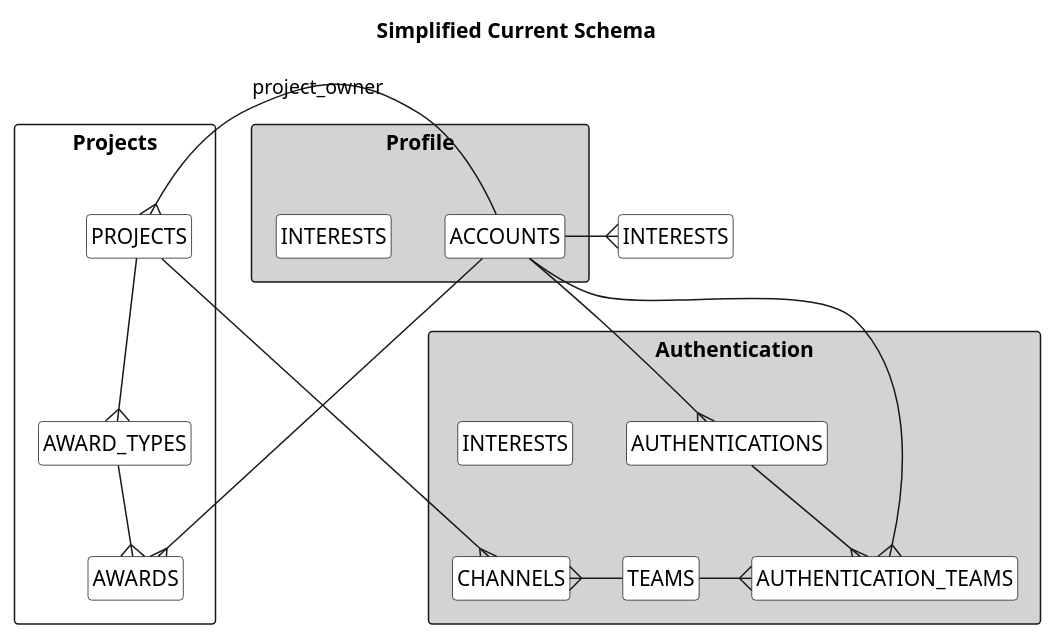
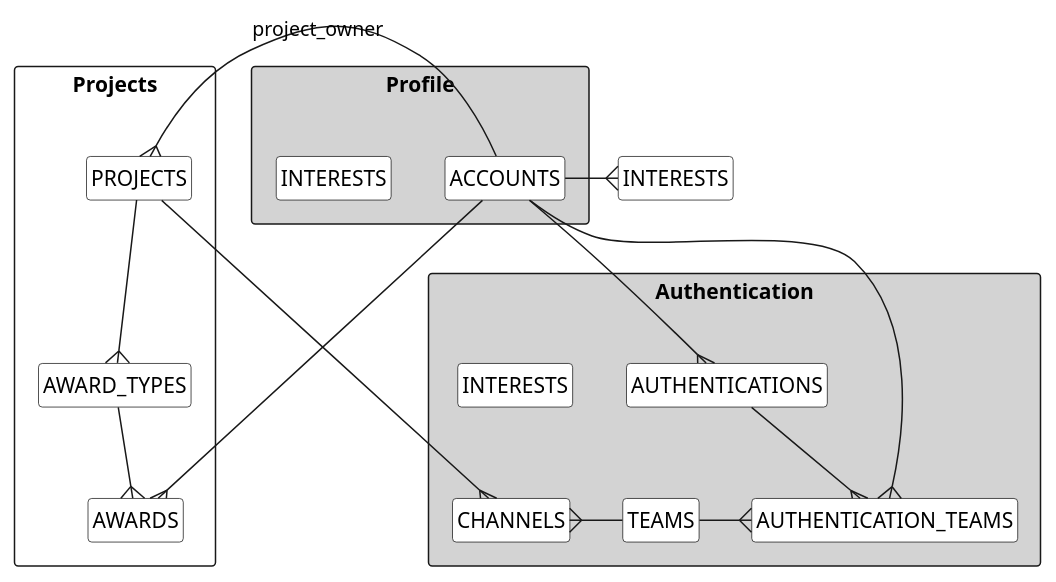
Before and after one commit to CoMakery/comakery-app: the second of 3 diagrams in doc/schema-with-batches.md, drawn with PlantUML. The commit also changed other lines of this file and 4 other files, not shown here.

Commit message:
add updated skills & interests schema diagram

````diff
--- a/doc/schema-with-batches.md
+++ b/doc/schema-with-batches.md
@@ -3,47 +49,46 @@
 ```plantuml
-@startuml
-title Simplified Current Schema
+@startuml simplified-current-schema
 hide circle
 hide methods
 hide attributes
 hide stereotypes
 
 skinparam class {
   BackGroundColor #white
 }
 package Profile <<rectangle>> #lightgray {
   class ACCOUNTS
   class INTERESTS
 }
 package Authentication <<rectangle>> #lightgray {
   class AUTHENTICATIONS
   class AUTHENTICATION_TEAMS
   class TEAMS
   class CHANNELS
   class INTERESTS
 }
 
 package Projects <<rectangle>> {
   class PROJECTS
   class AWARDS
   class AWARD_TYPES
   class PROJECTS
 }
 
 ACCOUNTS --{ AUTHENTICATIONS
 ACCOUNTS -left-{ PROJECTS : project_owner
 ACCOUNTS --{ AWARDS
 ACCOUNTS -{ AUTHENTICATION_TEAMS
 ACCOUNTS -{ INTERESTS
 
 AUTHENTICATIONS -down-{ AUTHENTICATION_TEAMS
 AWARD_TYPES -down-{ AWARDS
 
 PROJECTS -down-{ AWARD_TYPES
 PROJECTS -down-{ CHANNELS
 
 TEAMS -{ AUTHENTICATION_TEAMS
 TEAMS -left-{ CHANNELS
 
 @enduml
 ```
````
